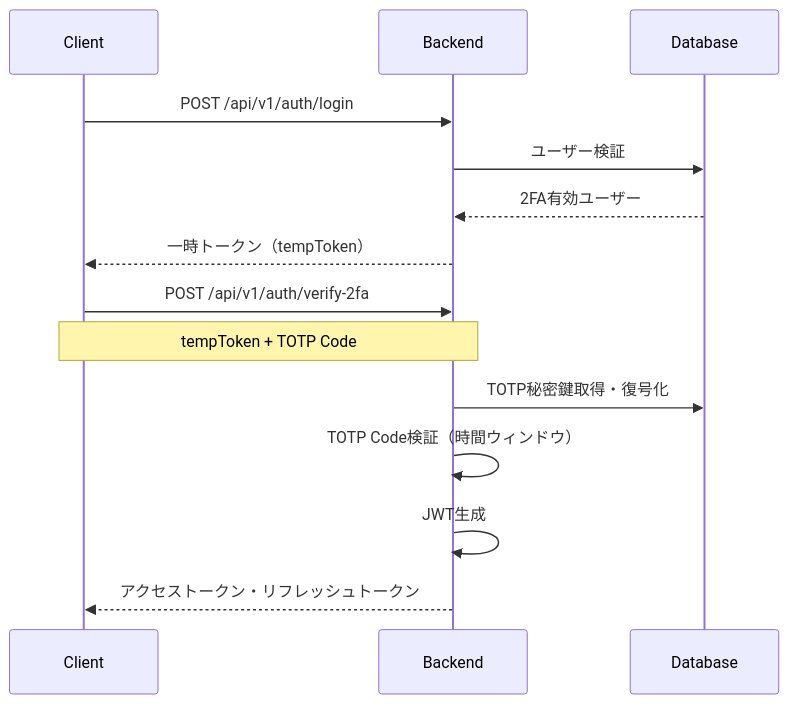
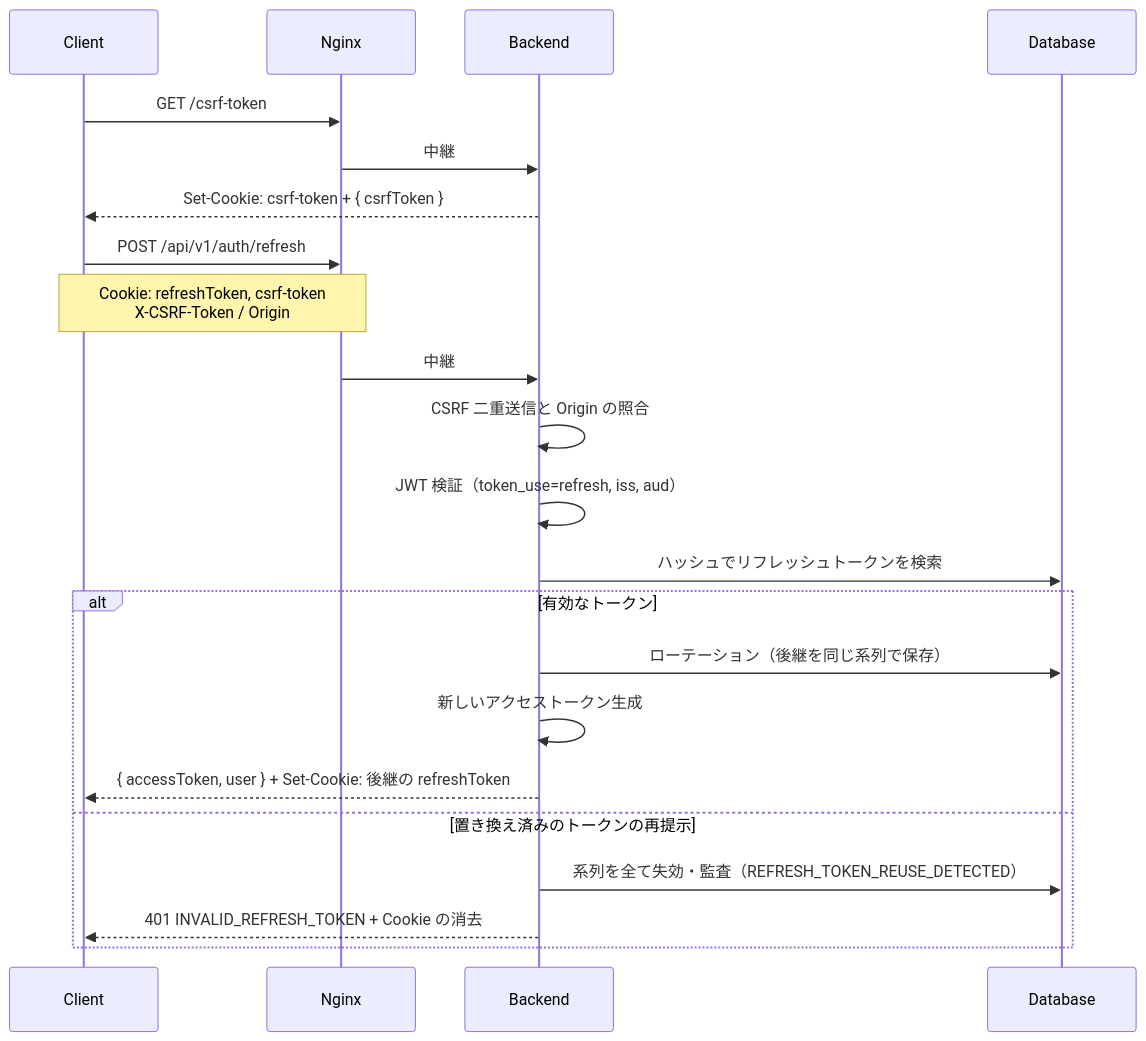
One commit to inakanou/ArchiTrack changed the second of 8 diagrams in docs/architecture/data-flow.md. Above: the diagram before and after it, drawn with Mermaid. The commit also changed other lines of this file and 15 other files, not shown here.

````diff
--- a/docs/architecture/data-flow.md
+++ b/docs/architecture/data-flow.md
@@ -73,18 +86,27 @@
 ```mermaid
 sequenceDiagram
     participant Client
+    participant Nginx
     participant Backend
     participant Database
 
-    Client->>Backend: POST /api/v1/auth/login
-    Backend->>Database: ユーザー検証
-    Database-->>Backend: 2FA有効ユーザー
-    Backend-->>Client: 一時トークン（tempToken）
+    Client->>Nginx: GET /csrf-token
+    Nginx->>Backend: 中継
+    Backend-->>Client: Set-Cookie: csrf-token + { csrfToken }
 
-    Client->>Backend: POST /api/v1/auth/verify-2fa
-    Note over Client,Backend: tempToken + TOTP Code
-    Backend->>Database: TOTP秘密鍵取得・復号化
-    Backend->>Backend: TOTP Code検証（時間ウィンドウ）
-    Backend->>Backend: JWT生成
-    Backend-->>Client: アクセストークン・リフレッシュトークン
+    Client->>Nginx: POST /api/v1/auth/refresh
+    Note over Client,Nginx: Cookie: refreshToken, csrf-token<br/>X-CSRF-Token / Origin
+    Nginx->>Backend: 中継
+    Backend->>Backend: CSRF 二重送信と Origin の照合
+    Backend->>Backend: JWT 検証（token_use=refresh, iss, aud）
+    Backend->>Database: ハッシュでリフレッシュトークンを検索
+
+    alt 有効なトークン
+        Backend->>Database: ローテーション（後継を同じ系列で保存）
+        Backend->>Backend: 新しいアクセストークン生成
+        Backend-->>Client: { accessToken, user } + Set-Cookie: 後継の refreshToken
+    else 置き換え済みのトークンの再提示
+        Backend->>Database: 系列を全て失効・監査（REFRESH_TOKEN_REUSE_DETECTED）
+        Backend-->>Client: 401 INVALID_REFRESH_TOKEN + Cookie の消去
+    end
 ```
````
